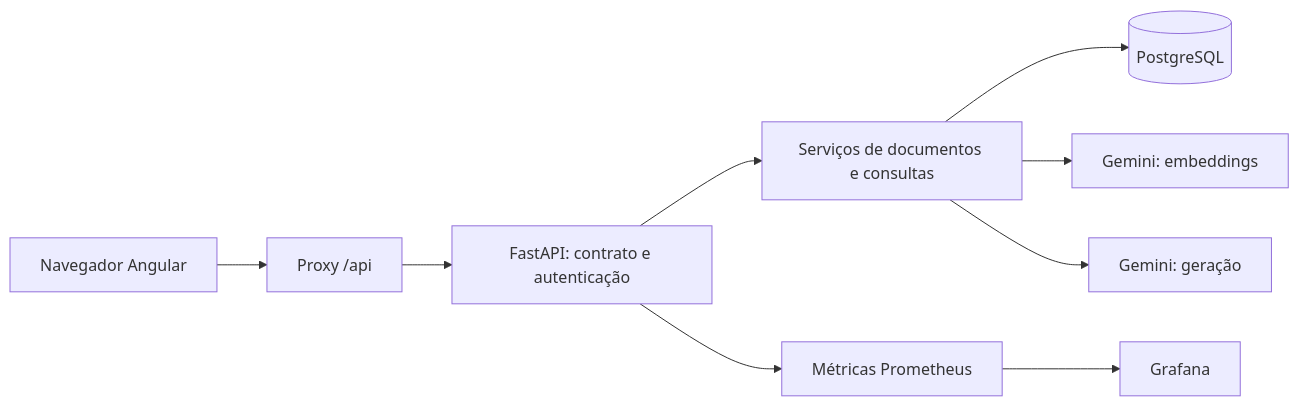
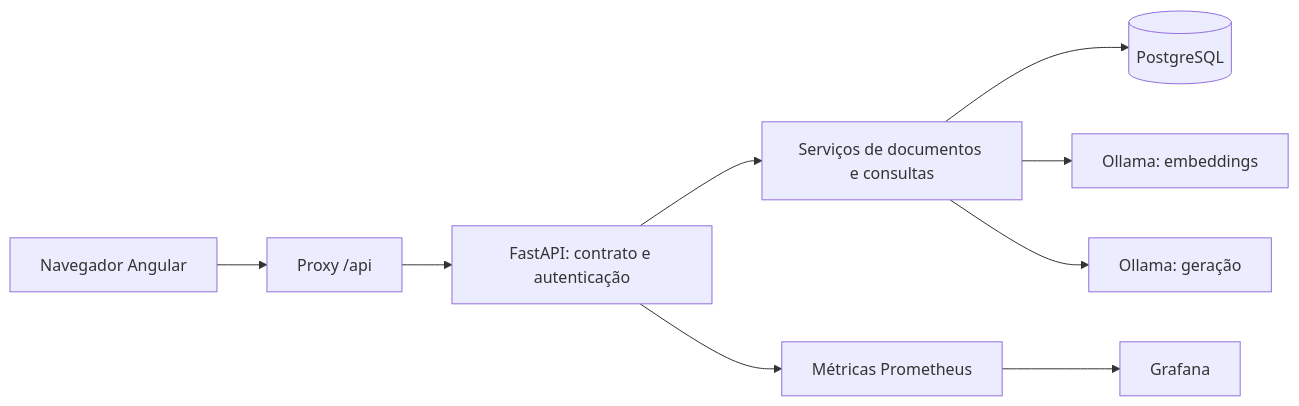
One commit to TonnyThe2nd/file-reader-agent changed the first of 2 diagrams in docs/APLICACAO.md. Above: the diagram before and after it, drawn with Mermaid. The commit also changed other lines of this file and 25 other files, not shown here.

````diff
--- a/docs/APLICACAO.md
+++ b/docs/APLICACAO.md
@@ -52,11 +50,11 @@
 ```mermaid
 flowchart LR
     U[Navegador Angular] --> P[Proxy /api]
     P --> A[FastAPI: contrato e autenticação]
     A --> S[Serviços de documentos e consultas]
     S --> DB[(PostgreSQL)]
-    S --> E[Gemini: embeddings]
-    S --> G[Gemini: geração]
+    S --> E[Ollama: embeddings]
+    S --> G[Ollama: geração]
     A --> M[Métricas Prometheus]
     M --> D[Grafana]
 ```
````
